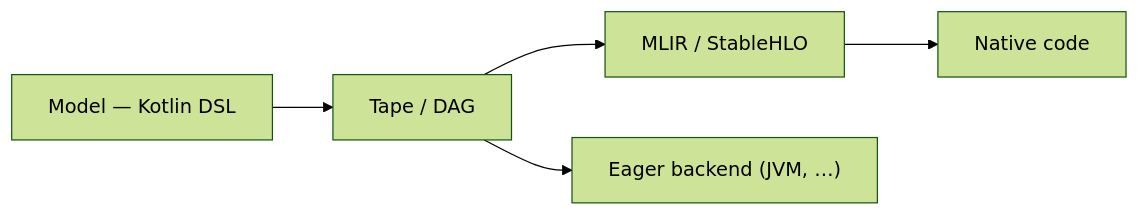
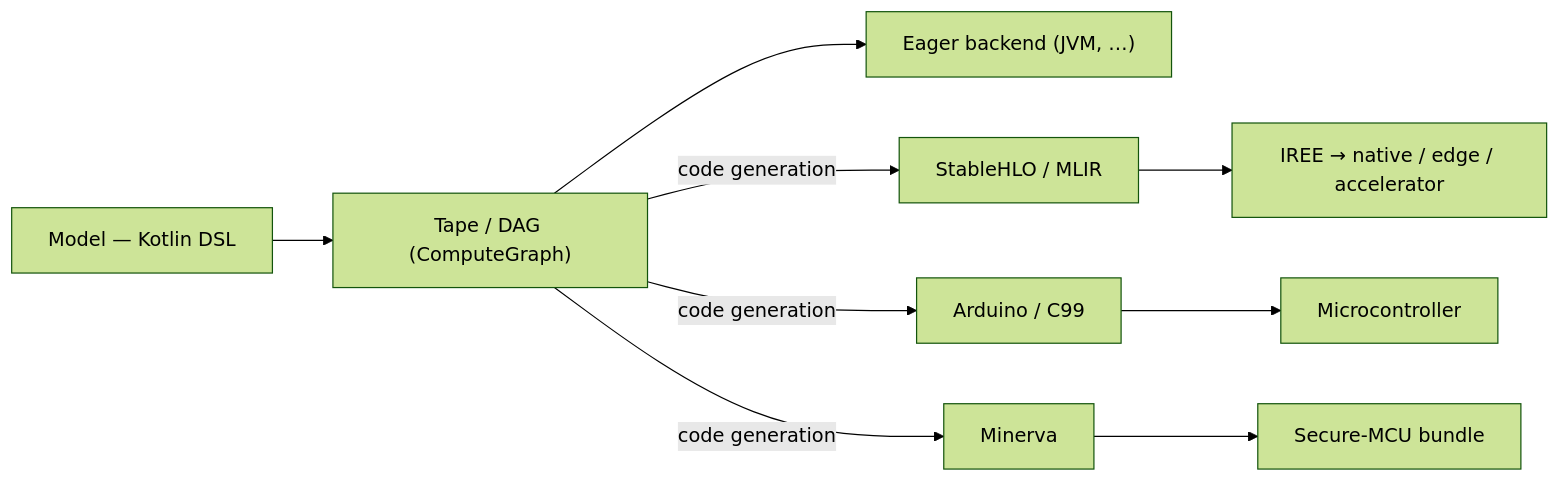
The diagram in README.md (SKaiNET-developers/SKaiNET), drawn with Mermaid (forest theme) before and after one commit. The commit also changed other lines of this file, not shown here.

First line of the commit message:
docs(readme): frame StableHLO/MLIR as a sibling code-gen backend

````diff
--- a/README.md
+++ b/README.md
@@ -158,7 +168,11 @@
 ```mermaid
 flowchart LR
-    DSL["Model — Kotlin DSL"] --> Graph["Tape / DAG"]
-    Graph --> HLO["MLIR / StableHLO"]
+    DSL["Model — Kotlin DSL"] --> Graph["Tape / DAG (ComputeGraph)"]
     Graph --> Eager["Eager backend (JVM, …)"]
-    HLO --> Native["Native code"]
+    Graph -->|code generation| HLO["StableHLO / MLIR"]
+    Graph -->|code generation| C99["Arduino / C99"]
+    Graph -->|code generation| Minerva["Minerva"]
+    HLO --> Native["IREE → native / edge / accelerator"]
+    C99 --> MCU["Microcontroller"]
+    Minerva --> SecMCU["Secure-MCU bundle"]
 ```
````
